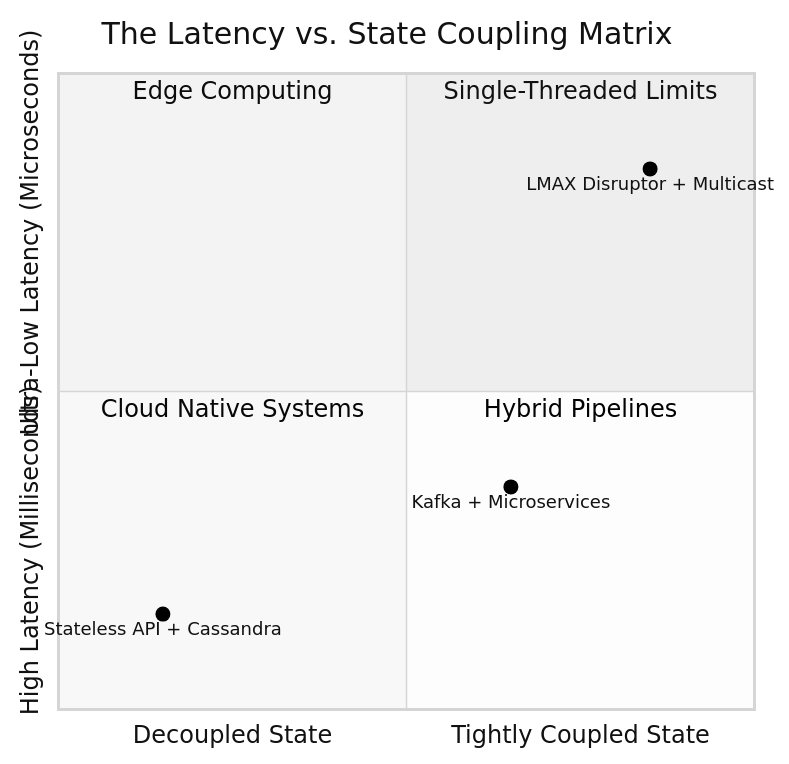
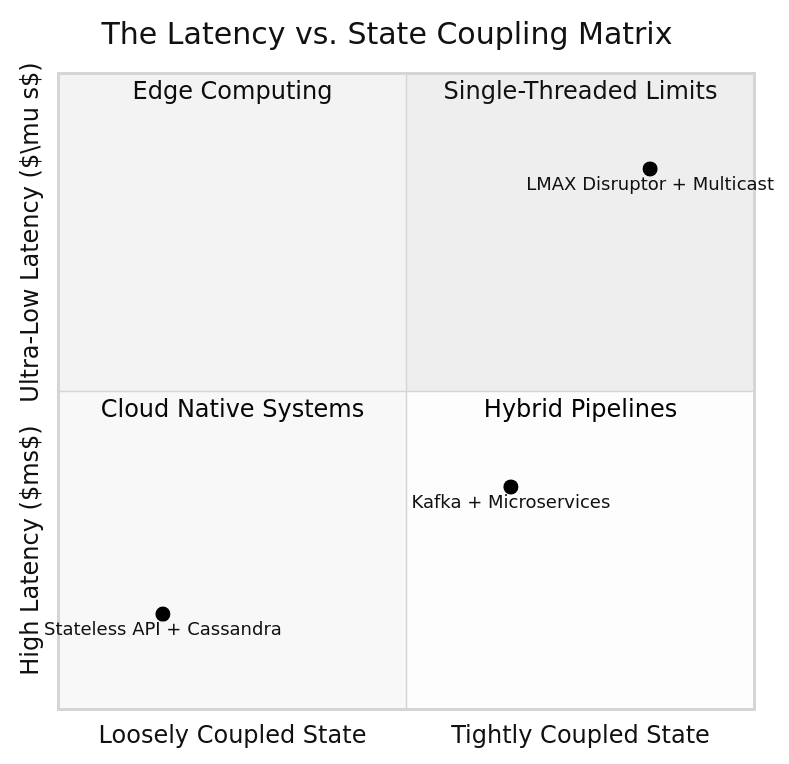
One commit to tuanhiep/tuanhiep.github.io changed the diagram in content/posts/4.stock_exchange_tradeoffs.md. Above: the diagram before and after it, drawn with Mermaid (neutral theme). The commit also changed other lines of this file, not shown here.

Commit message:
Stock Exchange Core (4/4): Trade-offs, Scaling Limits & Alternative Architectures

````diff
--- a/content/posts/4.stock_exchange_tradeoffs.md
+++ b/content/posts/4.stock_exchange_tradeoffs.md
@@ -74,13 +73,13 @@
 ```mermaid
 quadrantChart
     title The Latency vs. State Coupling Matrix
-    x-axis "Decoupled State" --> "Tightly Coupled State"
-    y-axis "High Latency (Milliseconds)" --> "Ultra-Low Latency (Microseconds)"
+    x-axis "Loosely Coupled State" --> "Tightly Coupled State"
+    y-axis "High Latency ($ms$)" --> "Ultra-Low Latency ($\mu s$)"
     quadrant-1 "Single-Threaded Limits"
     quadrant-2 "Edge Computing"
     quadrant-3 "Cloud Native Systems"
     quadrant-4 "Hybrid Pipelines"
     "LMAX Disruptor + Multicast": [0.85, 0.85]
     "Kafka + Microservices": [0.65, 0.35]
     "Stateless API + Cassandra": [0.15, 0.15]
 ```
````
